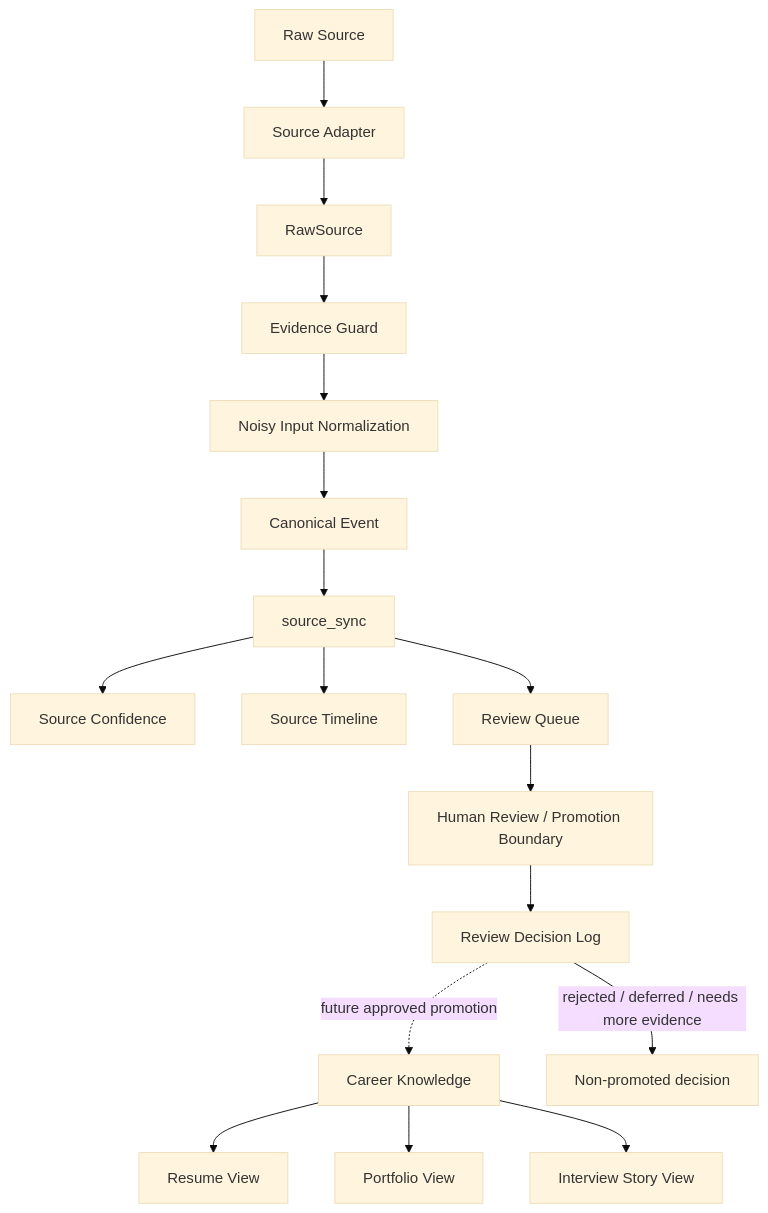
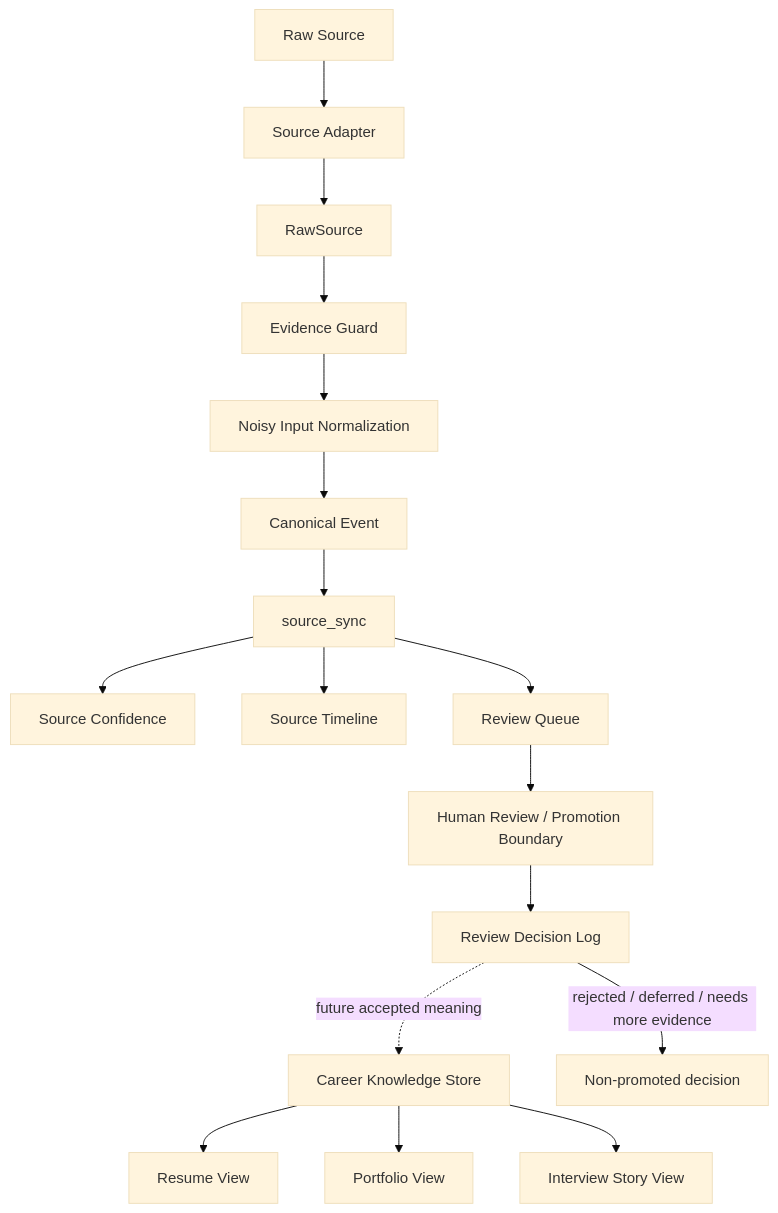
Before and after one commit to s-kyono/me-shower: the diagram in docs/02_architecture.md, drawn with Mermaid (base theme). The commit also changed other lines of this file and 7 other files, not shown here.

Commit message:
Define Career Knowledge Store boundary

````diff
--- a/docs/02_architecture.md
+++ b/docs/02_architecture.md
@@ -155,19 +163,19 @@
 ```mermaid
 flowchart TD
     A[Raw Source] --> B[Source Adapter]
     B --> C[RawSource]
     C --> D[Evidence Guard]
     D --> E[Noisy Input Normalization]
     E --> F[Canonical Event]
     F --> G[source_sync]
     G --> H[Source Confidence]
     G --> I[Source Timeline]
     G --> P[Review Queue]
     P --> J[Human Review / Promotion Boundary]
     J --> Q[Review Decision Log]
-    Q -.->|future approved promotion| K[Career Knowledge]
+    Q -.->|future accepted meaning| K[Career Knowledge Store]
     Q -->|rejected / deferred / needs more evidence| N[Non-promoted decision]
     K --> L[Resume View]
     K --> M[Portfolio View]
     K --> O[Interview Story View]
 ```
````
